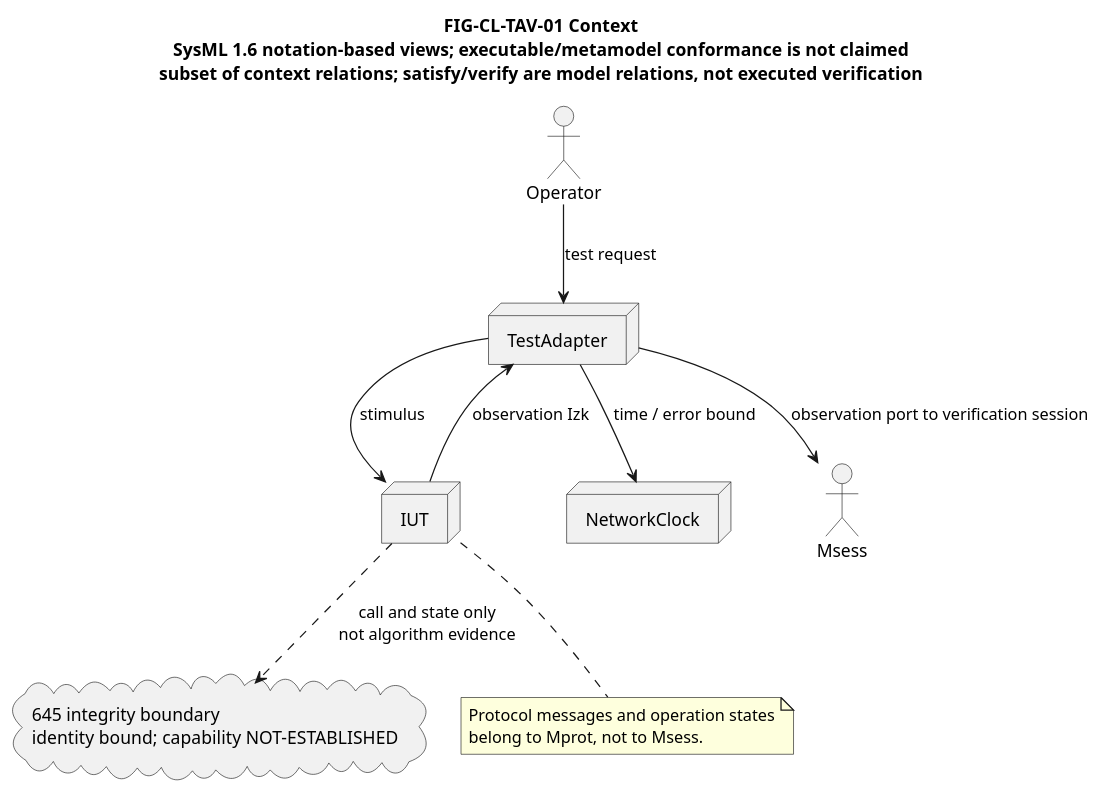
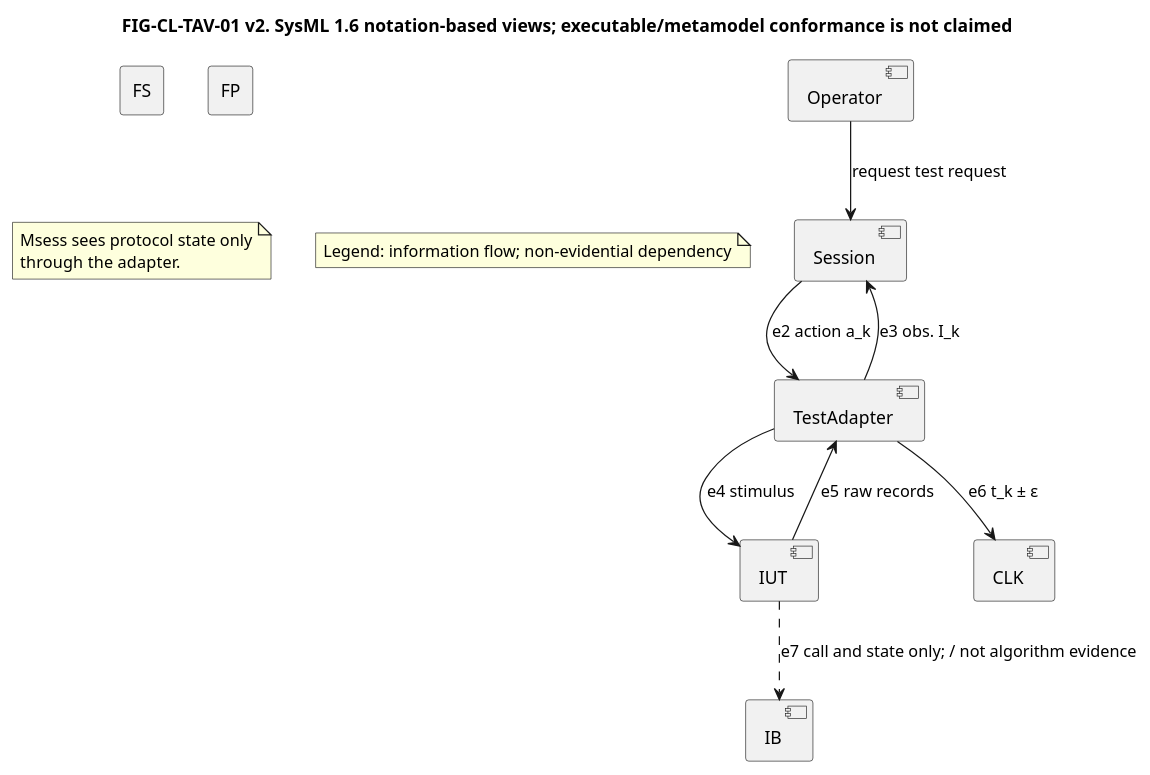
Before and after one commit to ZhangChi0727/arinc-615a-conformance: the diagram in docs/research/publication/models/FIG-CL-TAV-01-context.puml, drawn with PlantUML. The commit also changed 60 other files, not shown here.

First line of the commit message:
Install CL-TAV model-figure semantic revision v2 into candidates and the TAES draft.

```diff
--- a/docs/research/publication/models/FIG-CL-TAV-01-context.puml
+++ b/docs/research/publication/models/FIG-CL-TAV-01-context.puml
@@ -1,21 +1,35 @@
 @startuml FIG-CL-TAV-01
 skinparam shadowing false
-title FIG-CL-TAV-01 Context\nSysML 1.6 notation-based views; executable/metamodel conformance is not claimed\nsubset of context relations; satisfy/verify are model relations, not executed verification
-
-actor Operator
-node TestAdapter
-node IUT
-node NetworkClock
-cloud Integrity645 as "645 integrity boundary\nidentity bound; capability NOT-ESTABLISHED"
-
-Operator --> TestAdapter : test request
-TestAdapter --> IUT : stimulus
-IUT --> TestAdapter : observation Izk
-TestAdapter --> NetworkClock : time / error bound
-IUT ..> Integrity645 : call and state only\nnot algorithm evidence
-TestAdapter --> Msess : observation port to verification session
-note bottom of IUT
-  Protocol messages and operation states
-  belong to Mprot, not to Msess.
+title FIG-CL-TAV-01 v2. SysML 1.6 notation-based views; executable/metamodel conformance is not claimed
+' Approved figlib candidate v2 mapped to controlled ids. Not a proof of equivalence.
+rectangle FS
+' group FS: Msess / verification session domain
+rectangle FP
+' group FP: Mprot / protocol domain
+component Operator
+' entity Operator: Operator
+component Session
+' entity Session: CL-TAV session / candidate set H, resource state; / one admitted action per round
+component TestAdapter
+' entity TestAdapter: Test adapter / encodes stimuli; / captures raw records
+component IUT
+' entity IUT: IUT / loader target; protocol / messages and operation / states live here
+component CLK
+' entity CLK: Network clock / timestamps, error bound ε
+component IB
+' entity IB: 645 integrity boundary / identity bound; capability / NOT-ESTABLISHED
+Operator --> Session : request test request
+Session --> TestAdapter : e2 action a_k
+TestAdapter --> Session : e3 obs. I_k
+TestAdapter --> IUT : e4 stimulus
+IUT --> TestAdapter : e5 raw records
+TestAdapter --> CLK : e6 t_k ± ε
+IUT ..> IB : e7 call and state only; / not algorithm evidence
+note as NT
+  Msess sees protocol state only
+  through the adapter.
+end note
+note as legend
+  Legend: information flow; non-evidential dependency
 end note
 @enduml
```
